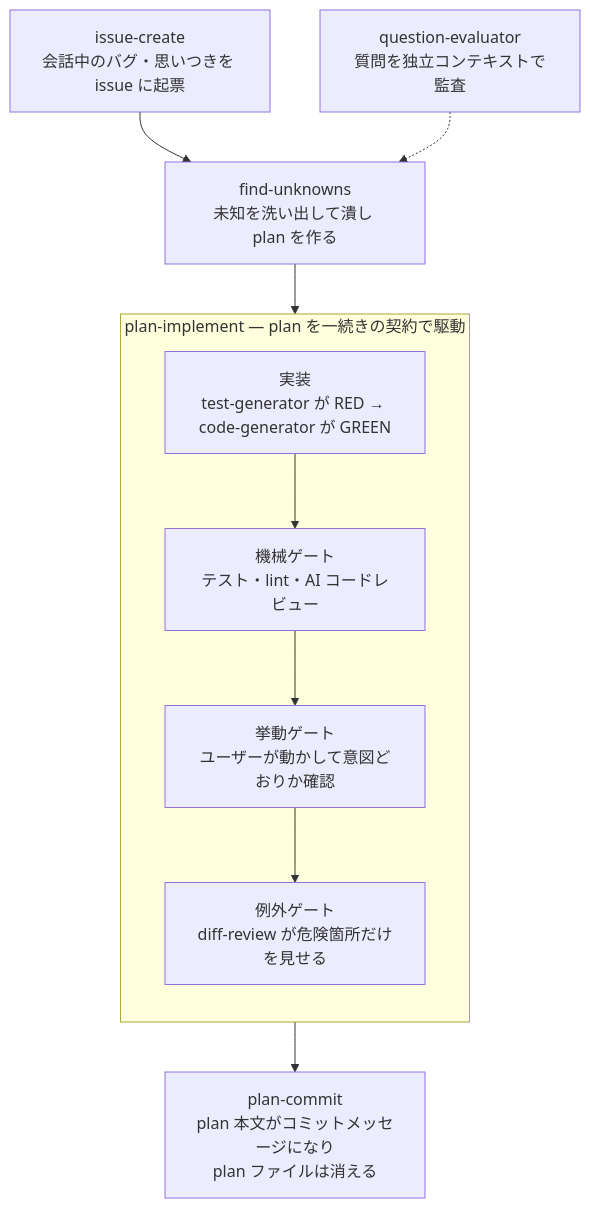
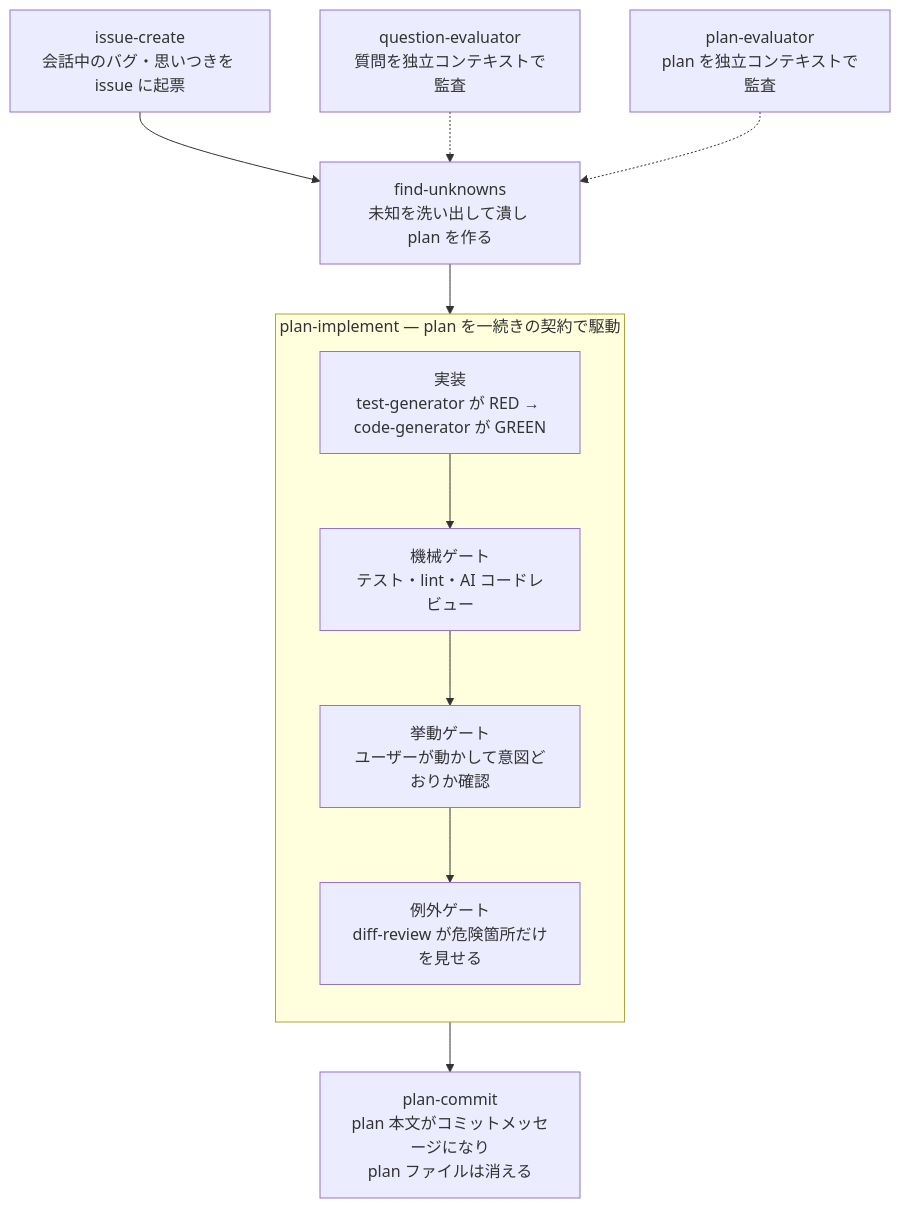
One commit to 4armsxlr8/agent-plugins changed the diagram in plugins/crystallize/README.md. Above: the diagram before and after it, drawn with Mermaid. The commit also changed other lines of this file and 2 other files, not shown here.

Commit message:
docs: plan-evaluator を README のスキル一覧・フロー図に追記（英日）

````diff
--- a/plugins/crystallize/README.md
+++ b/plugins/crystallize/README.md
@@ -15,14 +15,15 @@
 ```mermaid
 flowchart TD
     I[issue-create<br>会話中のバグ・思いつきを issue に起票] --> F
     F[find-unknowns<br>未知を洗い出して潰し plan を作る] --> P
     Q[question-evaluator<br>質問を独立コンテキストで監査] -.-> F
+    PE[plan-evaluator<br>plan を独立コンテキストで監査] -.-> F
     subgraph P[plan-implement — plan を一続きの契約で駆動]
         direction TB
         IM[実装<br>test-generator が RED → code-generator が GREEN] --> G1
         G1[機械ゲート<br>テスト・lint・AI コードレビュー] --> G2
         G2[挙動ゲート<br>ユーザーが動かして意図どおりか確認] --> G3
         G3[例外ゲート<br>diff-review が危険箇所だけを見せる]
     end
     P --> C[plan-commit<br>plan 本文がコミットメッセージになり<br>plan ファイルは消える]
 ```
````
